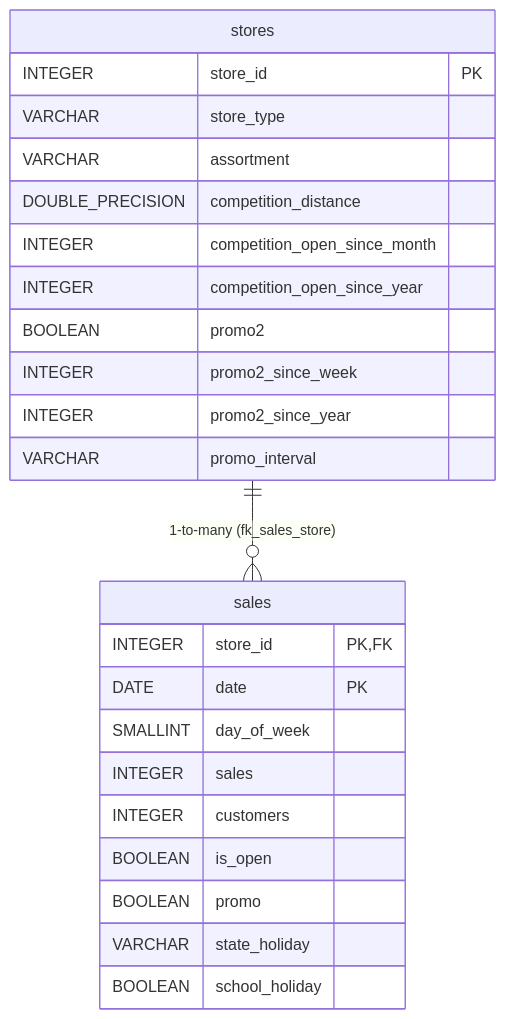
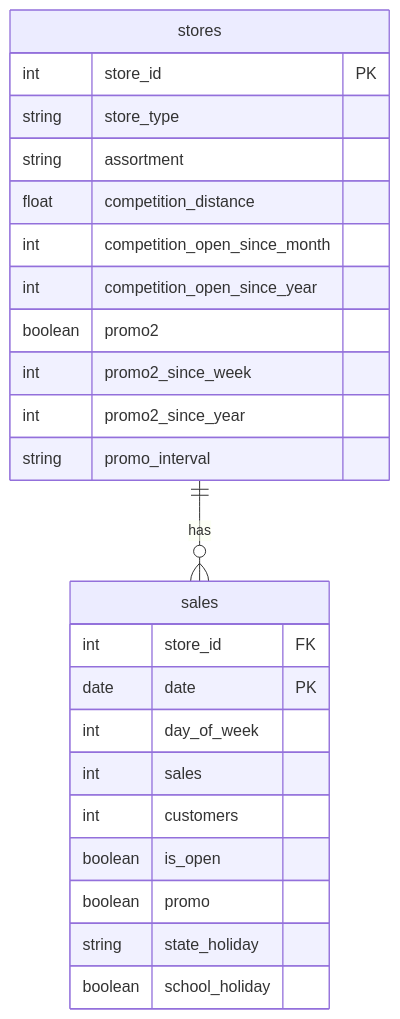
One commit to sohans8/retail-analytics-platform changed the second of 2 diagrams in README.md. Above: the diagram before and after it, drawn with Mermaid. The commit also changed other lines of this file, not shown here.

Commit message:
fix: resolve Mermaid diagram syntax for GitHub renderer

````diff
--- a/README.md
+++ b/README.md
@@ -264,29 +264,29 @@
 ```mermaid
 erDiagram
-    stores ||--o{ sales : "1-to-many (fk_sales_store)"
+    stores ||--o{ sales : has
 
     stores {
-        INTEGER store_id PK
-        VARCHAR store_type
-        VARCHAR assortment
-        DOUBLE_PRECISION competition_distance
-        INTEGER competition_open_since_month
-        INTEGER competition_open_since_year
-        BOOLEAN promo2
-        INTEGER promo2_since_week
-        INTEGER promo2_since_year
-        VARCHAR promo_interval
+        int store_id PK
+        string store_type
+        string assortment
+        float competition_distance
+        int competition_open_since_month
+        int competition_open_since_year
+        boolean promo2
+        int promo2_since_week
+        int promo2_since_year
+        string promo_interval
     }
 
     sales {
-        INTEGER store_id PK, FK
-        DATE date PK
-        SMALLINT day_of_week
-        INTEGER sales
-        INTEGER customers
-        BOOLEAN is_open
-        BOOLEAN promo
-        VARCHAR state_holiday
-        BOOLEAN school_holiday
+        int store_id FK
+        date date PK
+        int day_of_week
+        int sales
+        int customers
+        boolean is_open
+        boolean promo
+        string state_holiday
+        boolean school_holiday
     }
 ```
````
